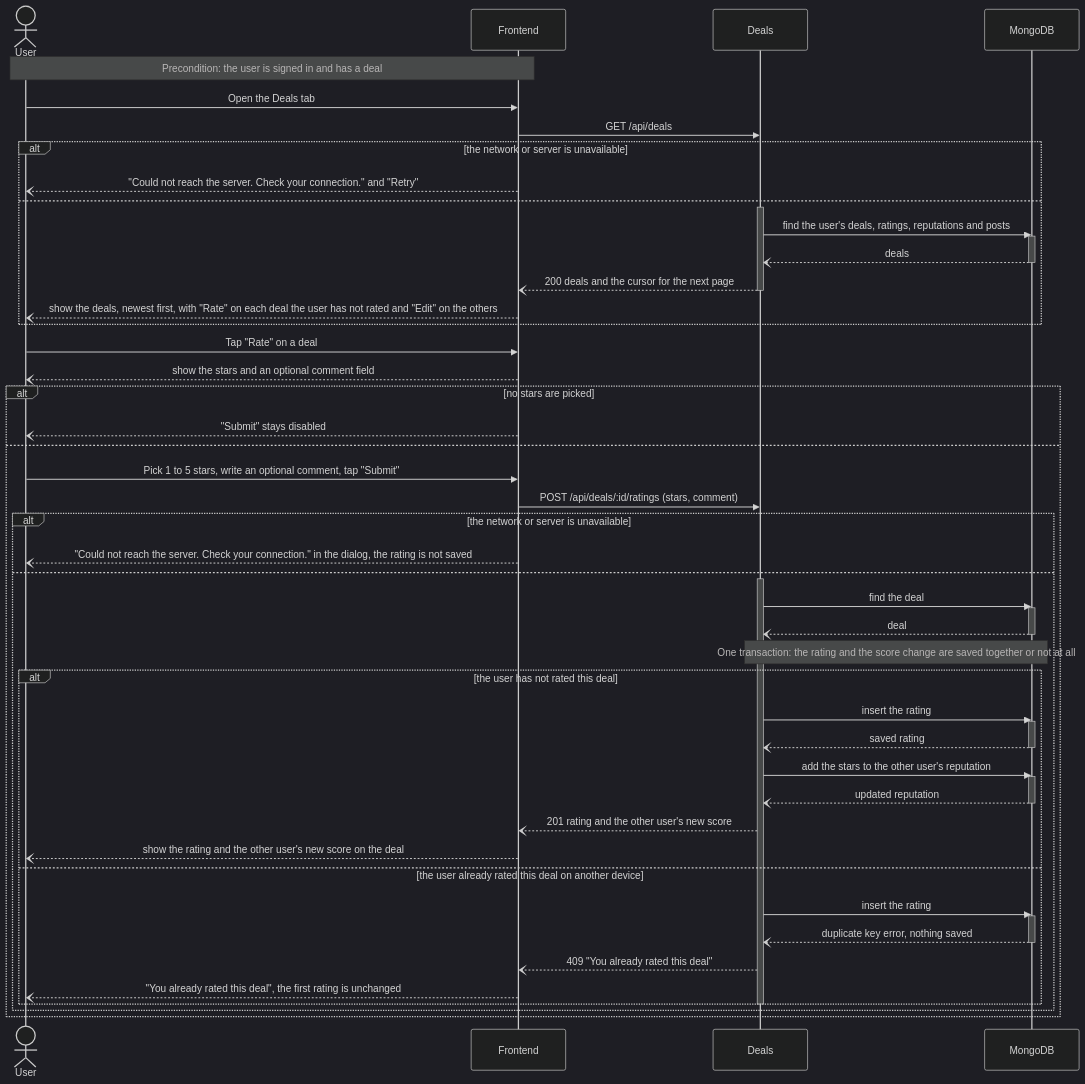
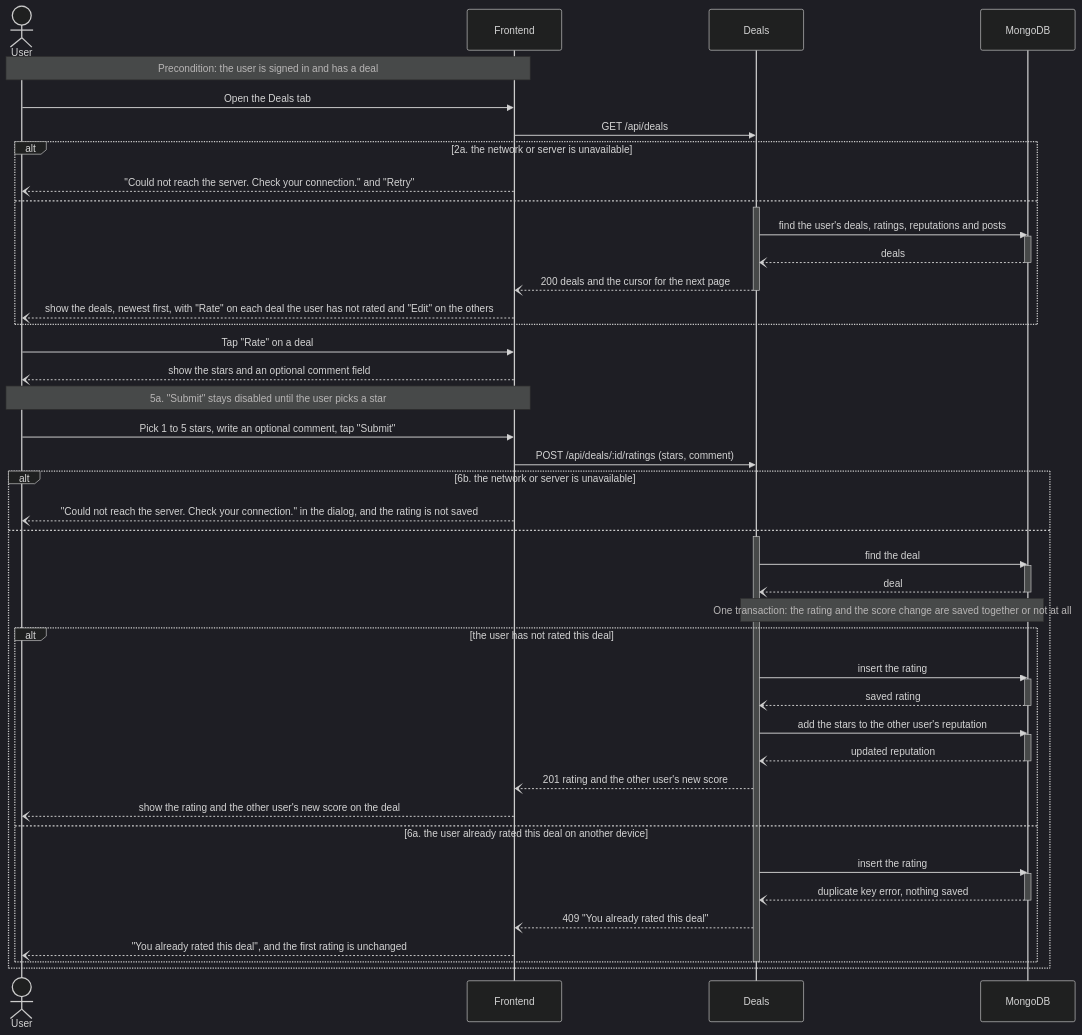
The third of 6 diagrams in documentation/Requirements_and_Design.md (m1lun/MatchMarket), drawn with Mermaid (dark theme) before and after one commit. The commit also changed other lines of this file, not shown here.

Commit message:
docs: simplify the sequence diagrams and label each branch with its use case step

````diff
--- a/documentation/Requirements_and_Design.md
+++ b/documentation/Requirements_and_Design.md
@@ -560,60 +547,57 @@
 ```mermaid
 sequenceDiagram
     actor U as User
     participant FE as Frontend
     participant D as Deals
     participant DB as MongoDB
     Note over U,FE: Precondition: the user is signed in and has a deal
     U->>FE: Open the Deals tab
     FE->>D: GET /api/deals
-    alt the network or server is unavailable
+    alt 2a. the network or server is unavailable
         FE--)U: "Could not reach the server. Check your connection." and "Retry"
     else
         activate D
         D->>DB: find the user's deals, ratings, reputations and posts
         activate DB
         DB--)D: deals
         deactivate DB
         D--)FE: 200 deals and the cursor for the next page
         deactivate D
         FE--)U: show the deals, newest first, with "Rate" on each deal the user has not rated and "Edit" on the others
     end
     U->>FE: Tap "Rate" on a deal
     FE--)U: show the stars and an optional comment field
-    alt no stars are picked
-        FE--)U: "Submit" stays disabled
+    Note over U,FE: 5a. "Submit" stays disabled until the user picks a star
+    U->>FE: Pick 1 to 5 stars, write an optional comment, tap "Submit"
+    FE->>D: POST /api/deals/:id/ratings (stars, comment)
+    alt 6b. the network or server is unavailable
+        FE--)U: "Could not reach the server. Check your connection." in the dialog, and the rating is not saved
     else
-        U->>FE: Pick 1 to 5 stars, write an optional comment, tap "Submit"
-        FE->>D: POST /api/deals/:id/ratings (stars, comment)
-        alt the network or server is unavailable
-            FE--)U: "Could not reach the server. Check your connection." in the dialog, the rating is not saved
-        else
-            activate D
-            D->>DB: find the deal
+        activate D
+        D->>DB: find the deal
+        activate DB
+        DB--)D: deal
+        deactivate DB
+        Note over D,DB: One transaction: the rating and the score change are saved together or not at all
+        alt the user has not rated this deal
+            D->>DB: insert the rating
             activate DB
-            DB--)D: deal
+            DB--)D: saved rating
             deactivate DB
-            Note over D,DB: One transaction: the rating and the score change are saved together or not at all
-            alt the user has not rated this deal
-                D->>DB: insert the rating
-                activate DB
-                DB--)D: saved rating
-                deactivate DB
-                D->>DB: add the stars to the other user's reputation
-                activate DB
-                DB--)D: updated reputation
-                deactivate DB
-                D--)FE: 201 rating and the other user's new score
-                FE--)U: show the rating and the other user's new score on the deal
-            else the user already rated this deal on another device
-                D->>DB: insert the rating
-                activate DB
-                DB--)D: duplicate key error, nothing saved
-                deactivate DB
-                D--)FE: 409 "You already rated this deal"
-                FE--)U: "You already rated this deal", the first rating is unchanged
-            end
-            deactivate D
+            D->>DB: add the stars to the other user's reputation
+            activate DB
+            DB--)D: updated reputation
+            deactivate DB
+            D--)FE: 201 rating and the other user's new score
+            FE--)U: show the rating and the other user's new score on the deal
+        else 6a. the user already rated this deal on another device
+            D->>DB: insert the rating
+            activate DB
+            DB--)D: duplicate key error, nothing saved
+            deactivate DB
+            D--)FE: 409 "You already rated this deal"
+            FE--)U: "You already rated this deal", and the first rating is unchanged
         end
+        deactivate D
     end
 ```
````
